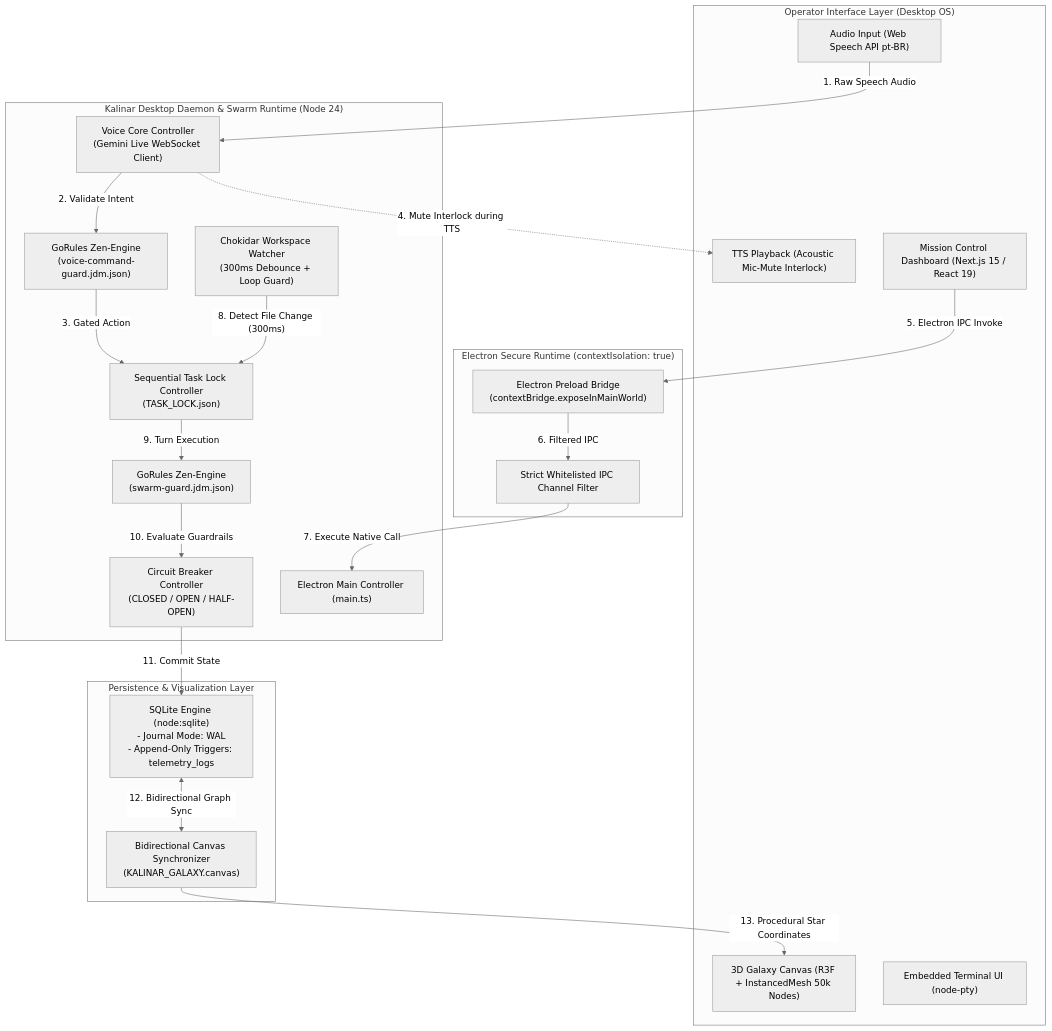
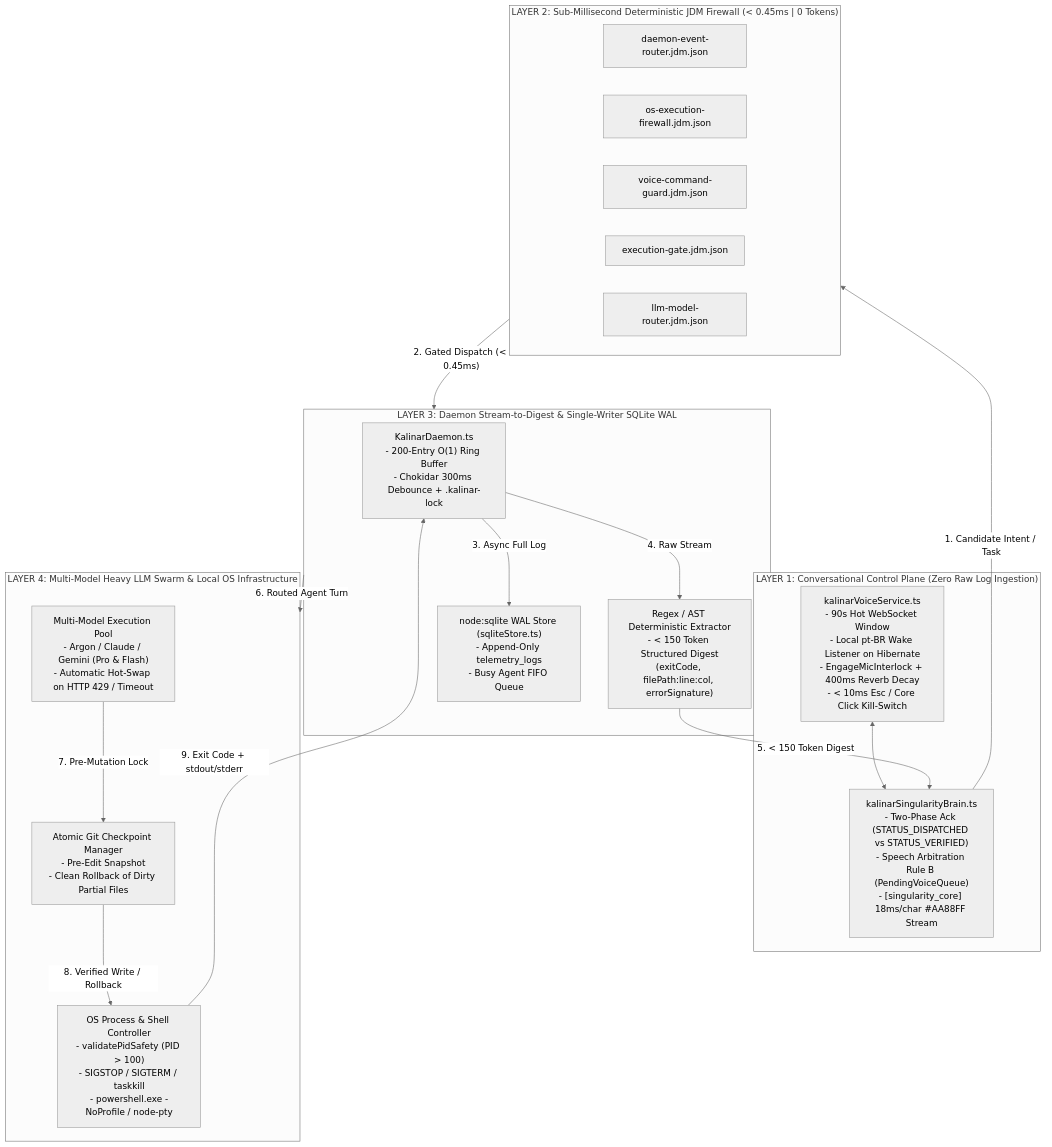
Before and after one commit to code-thiago/kalinar-agent-galaxy-os: the diagram in .antigravity/blueprint/02_TRD.md, drawn with Mermaid (neutral theme). The commit also changed other lines of this file and 28 other files, not shown here.

Commit message:
feat(singularity): implement 7 voice laws, fifo agent queue, and argon/claude/gemini model router [v1.1.0]

````diff
--- a/.antigravity/blueprint/02_TRD.md
+++ b/.antigravity/blueprint/02_TRD.md
@@ -46,47 +43,38 @@
 ```mermaid
 flowchart TB
-    subgraph OperatorLayer["Operator Interface Layer (Desktop OS)"]
-        VoiceMic["Audio Input (Web Speech API pt-BR)"]
-        TTSAudio["TTS Playback (Acoustic Mic-Mute Interlock)"]
-        GalaxyViewport["3D Galaxy Canvas (R3F + InstancedMesh 50k Nodes)"]
-        TerminalUI["Embedded Terminal UI (node-pty)"]
-        DashboardUI["Mission Control Dashboard (Next.js 15 / React 19)"]
+    subgraph Layer1["LAYER 1: Conversational Control Plane (Zero Raw Log Ingestion)"]
+        VoiceSvc["kalinarVoiceService.ts<br/>- 90s Hot WebSocket Window<br/>- Local pt-BR Wake Listener on Hibernate<br/>- EngageMicInterlock + 400ms Reverb Decay<br/>- < 10ms Esc / Core Click Kill-Switch"]
+        SingularityBrain["kalinarSingularityBrain.ts<br/>- Two-Phase Ack (STATUS_DISPATCHED vs STATUS_VERIFIED)<br/>- Speech Arbitration Rule B (PendingVoiceQueue)<br/>- [singularity_core] 18ms/char #AA88FF Stream"]
     end
 
-    subgraph ElectronBoundary["Electron Secure Runtime (contextIsolation: true)"]
-        PreloadBridge["Electron Preload Bridge<br/>(contextBridge.exposeInMainWorld)"]
-        IPCFilter["Strict Whitelisted IPC Channel Filter"]
+    subgraph Layer2["LAYER 2: Sub-Millisecond Deterministic JDM Firewall (< 0.45ms | 0 Tokens)"]
+        JDM1["daemon-event-router.jdm.json"]
+        JDM2["os-execution-firewall.jdm.json"]
+        JDM3["voice-command-guard.jdm.json"]
+        JDM4["execution-gate.jdm.json"]
+        JDM5["llm-model-router.jdm.json"]
     end
 
-    subgraph CoreDaemon["Kalinar Desktop Daemon & Swarm Runtime (Node 24)"]
-        MainProcess["Electron Main Controller (main.ts)"]
-        VoiceCore["Voice Core Controller<br/>(Gemini Live WebSocket Client)"]
-        ZenVoiceGuard["GoRules Zen-Engine<br/>(voice-command-guard.jdm.json)"]
-        FileWatcher["Chokidar Workspace Watcher<br/>(300ms Debounce + Loop Guard)"]
-        QueueMgr["Sequential Task Lock Controller<br/>(TASK_LOCK.json)"]
-        ZenSwarmGuard["GoRules Zen-Engine<br/>(swarm-guard.jdm.json)"]
-        CircuitBreaker["Circuit Breaker Controller<br/>(CLOSED / OPEN / HALF-OPEN)"]
+    subgraph Layer3["LAYER 3: Daemon Stream-to-Digest & Single-Writer SQLite WAL"]
+        RingBuf["KalinarDaemon.ts<br/>- 200-Entry O(1) Ring Buffer<br/>- Chokidar 300ms Debounce + .kalinar-lock"]
+        DigestExt["Regex / AST Deterministic Extractor<br/>- < 150 Token Structured Digest<br/>(exitCode, filePath:line:col, errorSignature)"]
+        SQLiteWAL["node:sqlite WAL Store (sqliteStore.ts)<br/>- Append-Only telemetry_logs<br/>- Busy Agent FIFO Queue"]
     end
 
-    subgraph StorageLayer["Persistence & Visualization Layer"]
-        SQLite["SQLite Engine (node:sqlite)<br/>- Journal Mode: WAL<br/>- Append-Only Triggers: telemetry_logs"]
-        CanvasSync["Bidirectional Canvas Synchronizer<br/>(KALINAR_GALAXY.canvas)"]
+    subgraph Layer4["LAYER 4: Multi-Model Heavy LLM Swarm & Local OS Infrastructure"]
+        ModelRouter["Multi-Model Execution Pool<br/>- Argon / Claude / Gemini (Pro & Flash)<br/>- Automatic Hot-Swap on HTTP 429 / Timeout"]
+        GitCheckpoint["Atomic Git Checkpoint Manager<br/>- Pre-Edit Snapshot<br/>- Clean Rollback of Dirty Partial Files"]
+        OSInfra["OS Process & Shell Controller<br/>- validatePidSafety (PID > 100)<br/>- SIGSTOP / SIGTERM / taskkill<br/>- powershell.exe -NoProfile / node-pty"]
     end
 
-    VoiceMic -->|"1. Raw Speech Audio"| VoiceCore
-    VoiceCore -->|"2. Validate Intent"| ZenVoiceGuard
-    ZenVoiceGuard -->|"3. Gated Action"| QueueMgr
-    VoiceCore -.->|"4. Mute Interlock during TTS"| TTSAudio
-
-    DashboardUI -->|"5. Electron IPC Invoke"| PreloadBridge
-    PreloadBridge -->|"6. Filtered IPC"| IPCFilter
-    IPCFilter -->|"7. Execute Native Call"| MainProcess
-
-    FileWatcher -->|"8. Detect File Change (300ms)"| QueueMgr
-    QueueMgr -->|"9. Turn Execution"| ZenSwarmGuard
-    ZenSwarmGuard -->|"10. Evaluate Guardrails"| CircuitBreaker
-    CircuitBreaker -->|"11. Commit State"| SQLite
-
-    SQLite <-->|"12. Bidirectional Graph Sync"| CanvasSync
-    CanvasSync -->|"13. Procedural Star Coordinates"| GalaxyViewport
+    VoiceSvc <--> SingularityBrain
+    SingularityBrain -->|"1. Candidate Intent / Task"| Layer2
+    Layer2 -->|"2. Gated Dispatch (< 0.45ms)"| Layer3
+    RingBuf -->|"3. Async Full Log"| SQLiteWAL
+    RingBuf -->|"4. Raw Stream"| DigestExt
+    DigestExt -->|"5. < 150 Token Digest"| SingularityBrain
+    Layer3 -->|"6. Routed Agent Turn"| Layer4
+    ModelRouter -->|"7. Pre-Mutation Lock"| GitCheckpoint
+    GitCheckpoint -->|"8. Verified Write / Rollback"| OSInfra
+    OSInfra -->|"9. Exit Code + stdout/stderr"| RingBuf
 ```
````
